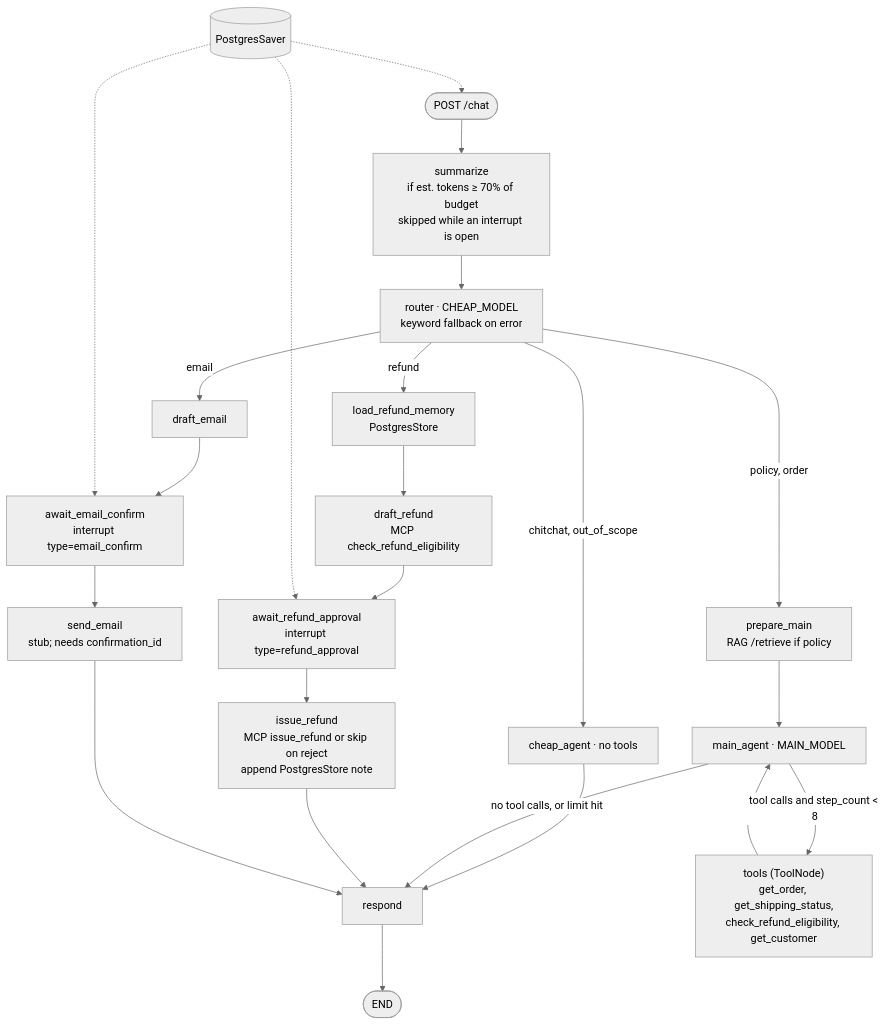
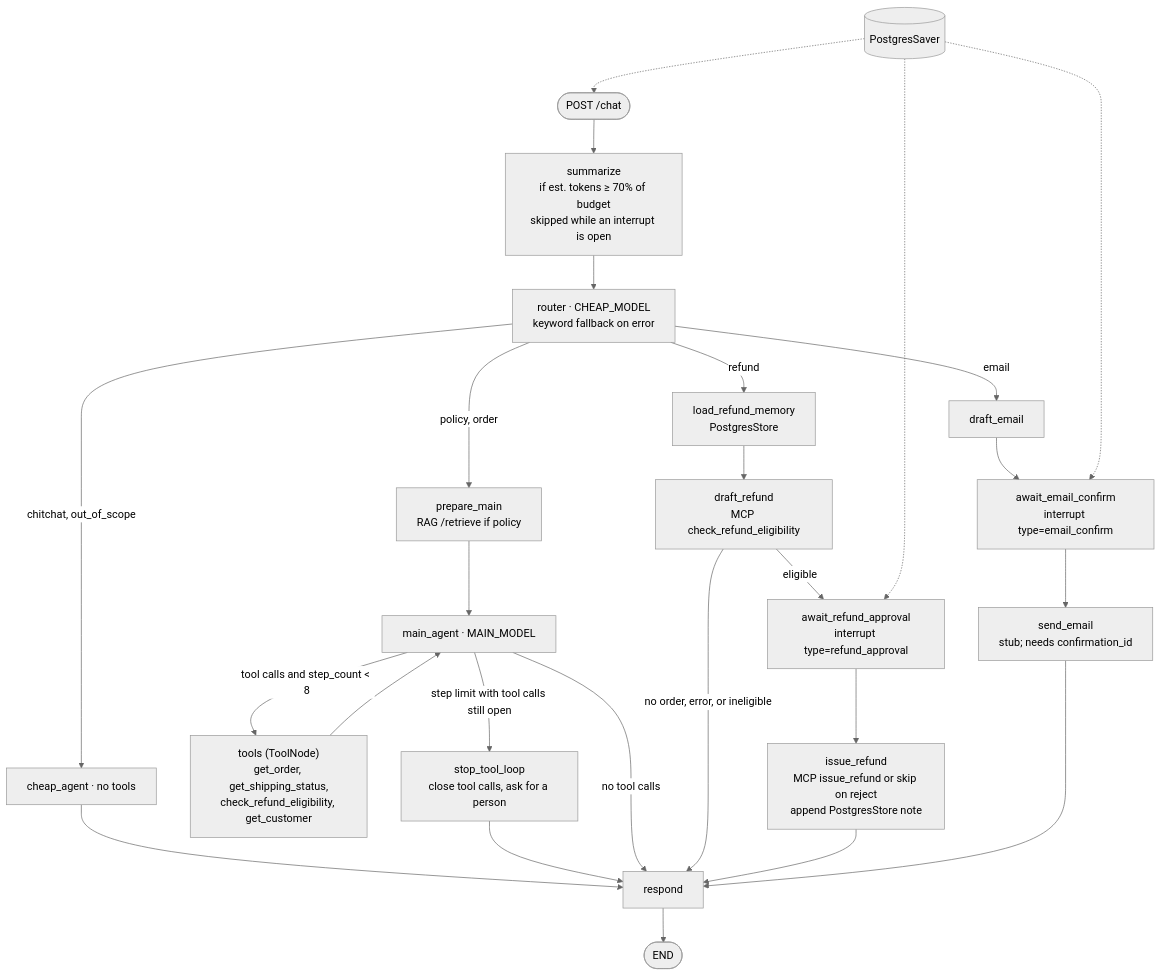
One commit to ervikassingh/support-dest-agent changed the first of 3 diagrams in docs/services/agent/flow.md. Above: the diagram before and after it, drawn with Mermaid (neutral theme). The commit also changed other lines of this file and 39 other files, not shown here.

````diff
--- a/docs/services/agent/flow.md
+++ b/docs/services/agent/flow.md
@@ -7,31 +7,34 @@
 ```mermaid
 flowchart TD
   startNode([POST /chat]) --> summarize["summarize<br/>if est. tokens ≥ 70% of budget<br/>skipped while an interrupt is open"]
   summarize --> router["router · CHEAP_MODEL<br/>keyword fallback on error"]
 
   router -->|chitchat, out_of_scope| cheap["cheap_agent · no tools"]
   router -->|policy, order| prepare["prepare_main<br/>RAG /retrieve if policy"]
   router -->|refund| loadMem["load_refund_memory<br/>PostgresStore"]
   router -->|email| draftEmail[draft_email]
 
   cheap --> respond[respond]
   prepare --> main["main_agent · MAIN_MODEL"]
   main -->|tool calls and step_count < 8| tools["tools (ToolNode)<br/>get_order, get_shipping_status,<br/>check_refund_eligibility, get_customer"]
   tools --> main
-  main -->|no tool calls, or limit hit| respond
+  main -->|step limit with tool calls still open| stop["stop_tool_loop<br/>close tool calls, ask for a person"]
+  stop --> respond
+  main -->|no tool calls| respond
 
   loadMem --> draftRefund["draft_refund<br/>MCP check_refund_eligibility"]
-  draftRefund --> awaitRefund["await_refund_approval<br/>interrupt type=refund_approval"]
+  draftRefund -->|no order, error, or ineligible| respond
+  draftRefund -->|eligible| awaitRefund["await_refund_approval<br/>interrupt type=refund_approval"]
   awaitRefund --> issue["issue_refund<br/>MCP issue_refund or skip on reject<br/>append PostgresStore note"]
   issue --> respond
 
   draftEmail --> awaitEmail["await_email_confirm<br/>interrupt type=email_confirm"]
   awaitEmail --> send["send_email<br/>stub; needs confirmation_id"]
   send --> respond
 
   respond --> endNode([END])
 
   saver[(PostgresSaver)] -.-> startNode
   saver -.-> awaitRefund
   saver -.-> awaitEmail
 ```
````
